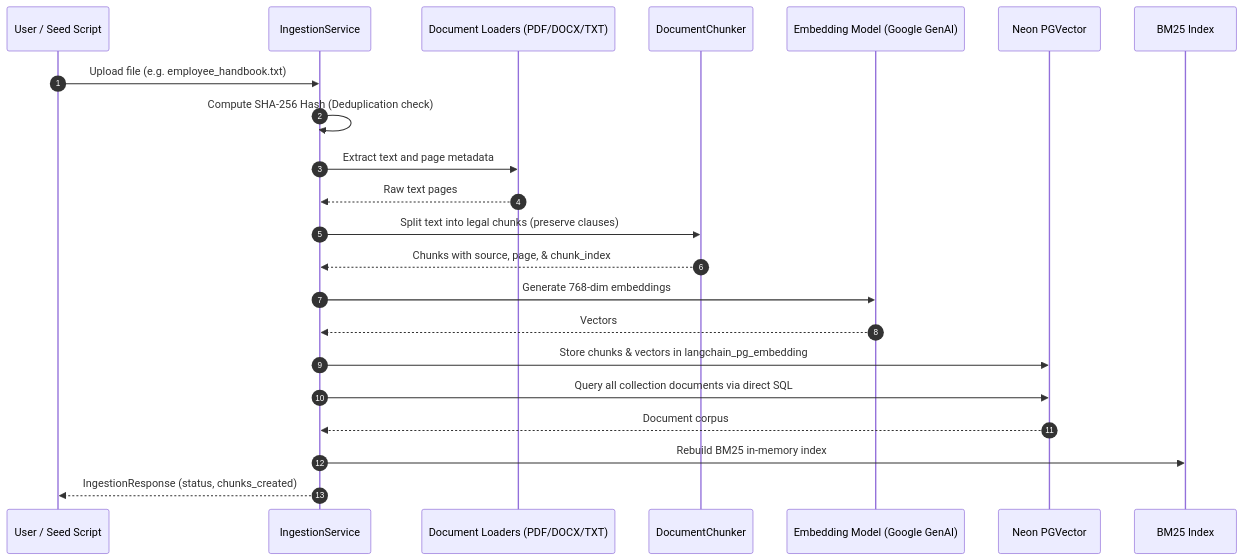
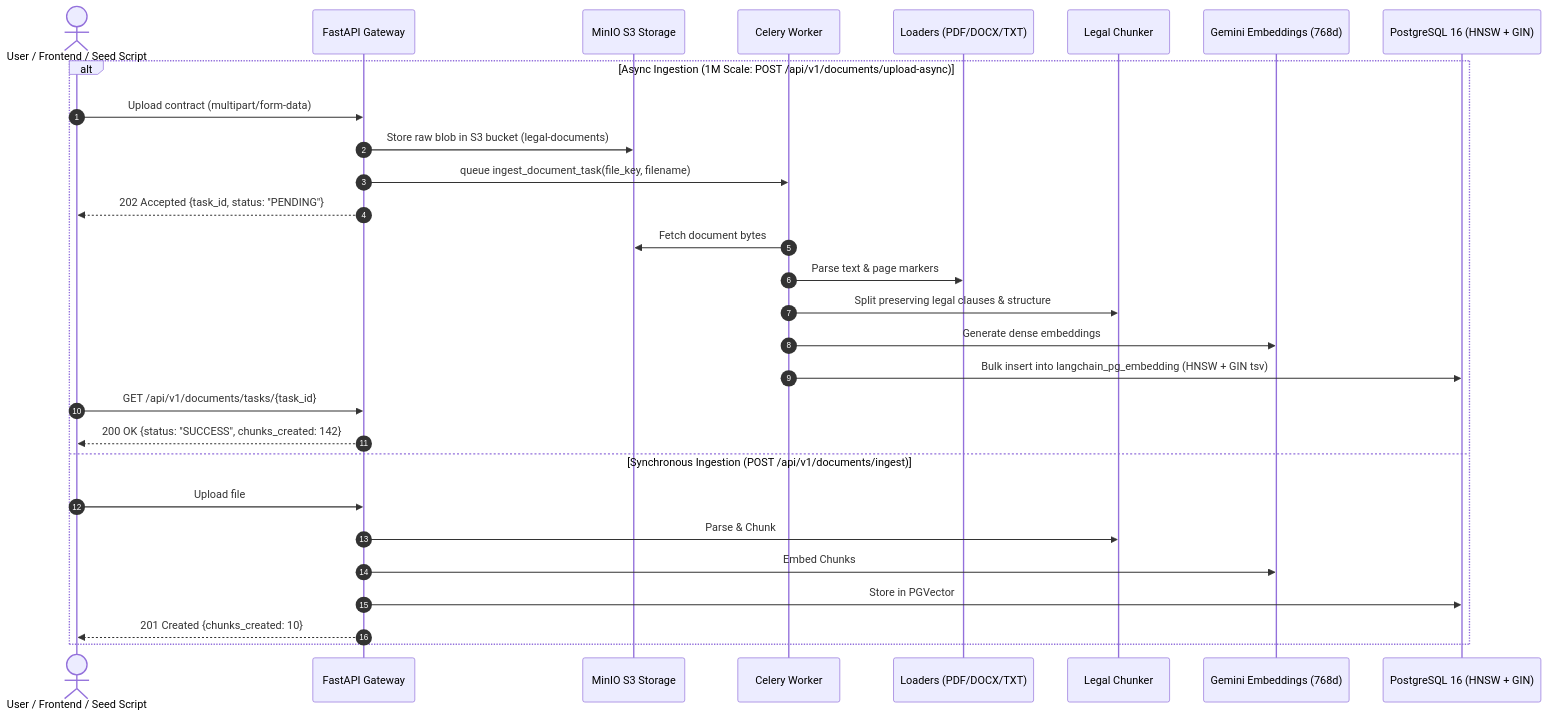
Before and after one commit to PPC2001/legal-rag-intelligence: the second of 3 diagrams in README.md, drawn with Mermaid. The commit also changed other lines of this file, not shown here.

Commit message:
docs: update README with 1M-document FOSS architecture and sanitize docker-compose

````diff
--- a/README.md
+++ b/README.md
@@ -114,25 +140,32 @@
 ```mermaid
 sequenceDiagram
     autonumber
-    participant Admin as User / Seed Script
-    participant Ingestion as IngestionService
-    participant Parser as Document Loaders (PDF/DOCX/TXT)
-    participant Chunker as DocumentChunker
-    participant Embedder as Embedding Model (Google GenAI)
-    participant Neon as Neon PGVector
-    participant BM25 as BM25 Index
+    actor Admin as User / Frontend / Seed Script
+    participant API as FastAPI Gateway
+    participant MinIO as MinIO S3 Storage
+    participant Celery as Celery Worker
+    participant Parser as Loaders (PDF/DOCX/TXT)
+    participant Chunker as Legal Chunker
+    participant Embedder as Gemini Embeddings (768d)
+    participant PG as PostgreSQL 16 (HNSW + GIN)
 
-    Admin->>Ingestion: Upload file (e.g. employee_handbook.txt)
-    Ingestion->>Ingestion: Compute SHA-256 Hash (Deduplication check)
-    Ingestion->>Parser: Extract text and page metadata
-    Parser-->>Ingestion: Raw text pages
-    Ingestion->>Chunker: Split text into legal chunks (preserve clauses)
-    Chunker-->>Ingestion: Chunks with source, page, & chunk_index
-    Ingestion->>Embedder: Generate 768-dim embeddings
-    Embedder-->>Ingestion: Vectors
-    Ingestion->>Neon: Store chunks & vectors in langchain_pg_embedding
-    Ingestion->>Neon: Query all collection documents via direct SQL
-    Neon-->>Ingestion: Document corpus
-    Ingestion->>BM25: Rebuild BM25 in-memory index
-    Ingestion-->>Admin: IngestionResponse (status, chunks_created)
+    alt Async Ingestion (1M Scale: POST /api/v1/documents/upload-async)
+        Admin->>API: Upload contract (multipart/form-data)
+        API->>MinIO: Store raw blob in S3 bucket (legal-documents)
+        API->>Celery: queue ingest_document_task(file_key, filename)
+        API-->>Admin: 202 Accepted {task_id, status: "PENDING"}
+        Celery->>MinIO: Fetch document bytes
+        Celery->>Parser: Parse text & page markers
+        Celery->>Chunker: Split preserving legal clauses & structure
+        Celery->>Embedder: Generate dense embeddings
+        Celery->>PG: Bulk insert into langchain_pg_embedding (HNSW + GIN tsv)
+        Admin->>API: GET /api/v1/documents/tasks/{task_id}
+        API-->>Admin: 200 OK {status: "SUCCESS", chunks_created: 142}
+    else Synchronous Ingestion (POST /api/v1/documents/ingest)
+        Admin->>API: Upload file
+        API->>Chunker: Parse & Chunk
+        API->>Embedder: Embed Chunks
+        API->>PG: Store in PGVector
+        API-->>Admin: 201 Created {chunks_created: 10}
+    end
 ```
````
